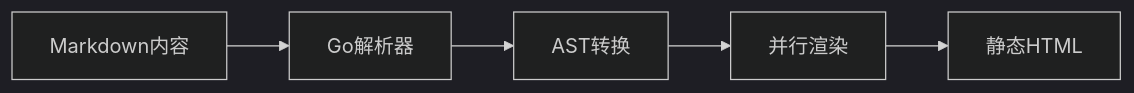
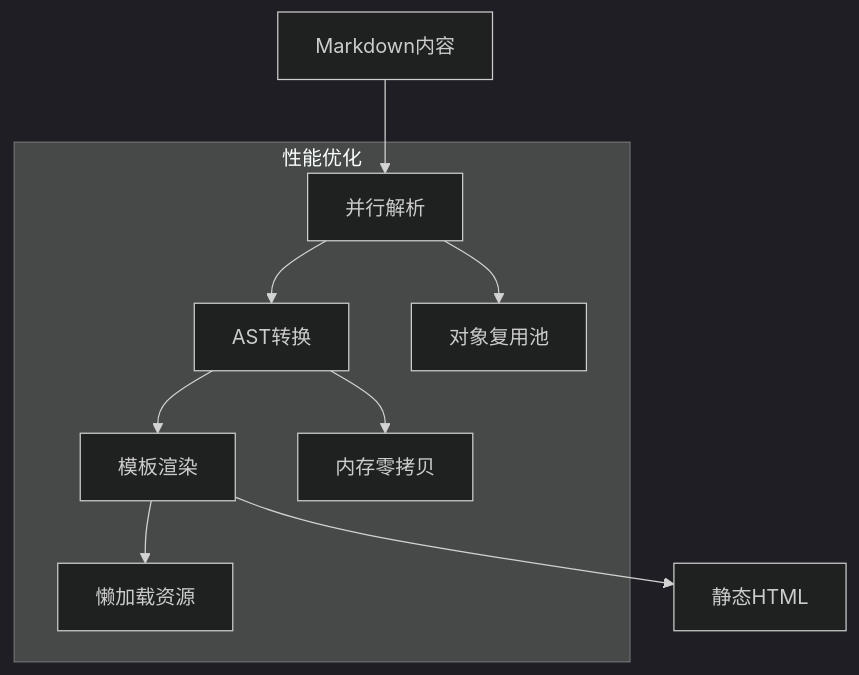
Before and after one commit to sjzsdu/tong-notes: the first of 5 diagrams in content/posts/hugo.md, drawn with Mermaid (dark theme). The commit also changed other lines of this file and 7 other files, not shown here.

````diff
--- a/content/posts/hugo.md
+++ b/content/posts/hugo.md
@@ -28,7 +33,13 @@
 ```mermaid
-flowchart LR
-    A[Markdown内容] --> B[Go解析器]
+graph TD
+    A[Markdown内容] --> B[并行解析]
     B --> C[AST转换]
-    C --> D[并行渲染]
+    C --> D[模板渲染]
     D --> E[静态HTML]
+    
+    subgraph 性能优化
+        B --> F[对象复用池]
+        C --> G[内存零拷贝]
+        D --> H[懒加载资源]
+    end
 ```
````
